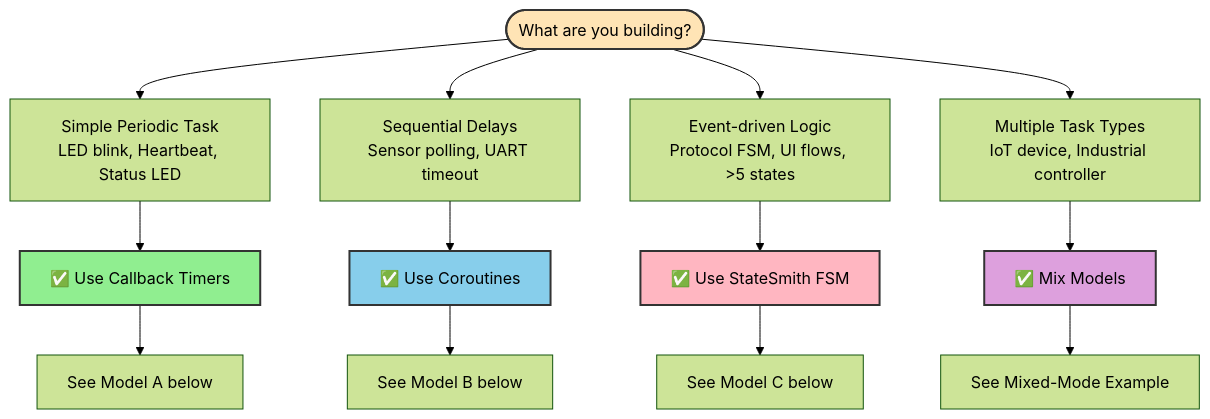
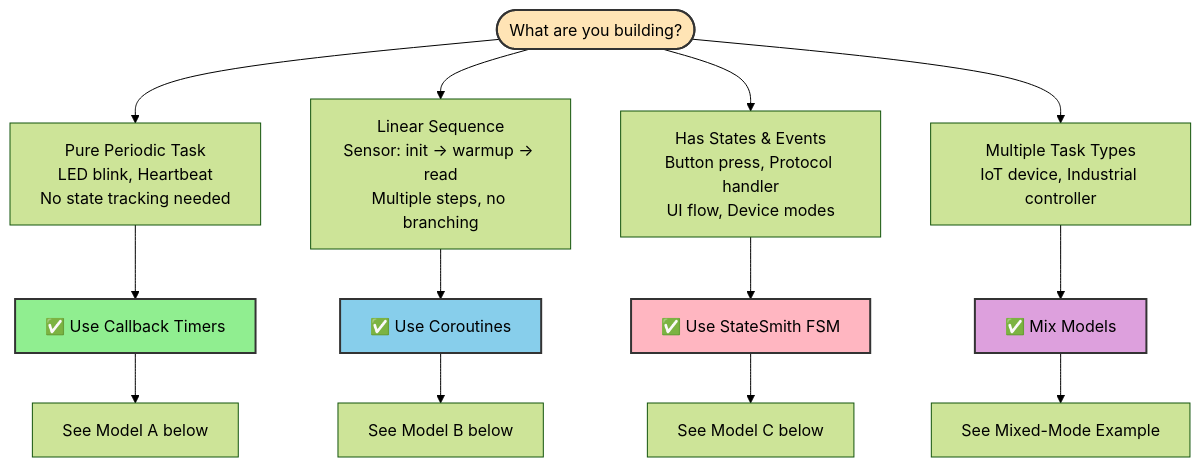
One commit to Welkon/Safetimer changed the diagram in tutorials/quick-start.md. Above: the diagram before and after it, drawn with Mermaid (forest theme). The commit also changed other lines of this file and 1 other file, not shown here.

Commit message:
fix: Add missing `safetimer_start()` calls to timer examples and improve programming model explanations.

````diff
--- a/tutorials/quick-start.md
+++ b/tutorials/quick-start.md
@@ -72,25 +78,25 @@
 ```mermaid
 flowchart TD
     Start([What are you building?])
 
-    Start --> Simple[Simple Periodic Task<br/>LED blink, Heartbeat, Status LED]
-    Start --> Sequential[Sequential Delays<br/>Sensor polling, UART timeout]
-    Start --> Complex[Event-driven Logic<br/>Protocol FSM, UI flows, >5 states]
+    Start --> Simple[Pure Periodic Task<br/>LED blink, Heartbeat<br/>No state tracking needed]
+    Start --> Sequential[Linear Sequence<br/>Sensor: init → warmup → read<br/>Multiple steps, no branching]
+    Start --> StateMachine[Has States & Events<br/>Button press, Protocol handler<br/>UI flow, Device modes]
     Start --> Mixed[Multiple Task Types<br/>IoT device, Industrial controller]
 
     Simple --> ModelA[✅ Use Callback Timers]
     Sequential --> ModelB[✅ Use Coroutines]
-    Complex --> ModelC[✅ Use StateSmith FSM]
+    StateMachine --> ModelC[✅ Use StateSmith FSM]
     Mixed --> ModelMix[✅ Mix Models]
 
     ModelA --> ImplA[See Model A below]
     ModelB --> ImplB[See Model B below]
     ModelC --> ImplC[See Model C below]
     ModelMix --> ImplMix[See Mixed-Mode Example]
 
     style ModelA fill:#90EE90,stroke:#333,stroke-width:2px
     style ModelB fill:#87CEEB,stroke:#333,stroke-width:2px
     style ModelC fill:#FFB6C1,stroke:#333,stroke-width:2px
     style ModelMix fill:#DDA0DD,stroke:#333,stroke-width:2px
     style Start fill:#FFE4B5,stroke:#333,stroke-width:2px
 ```
````
